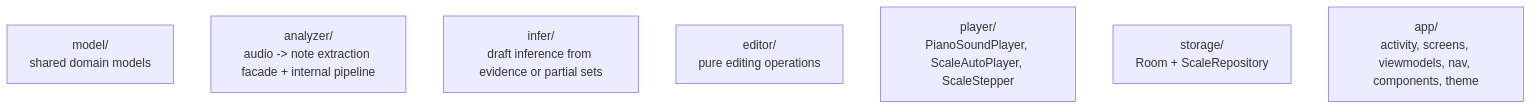
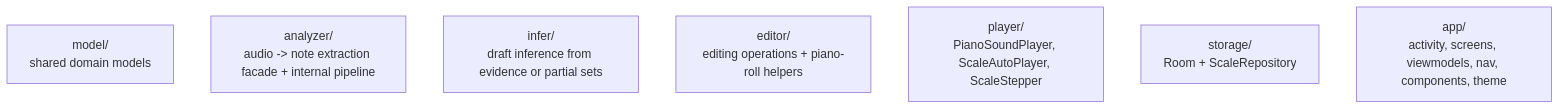
One commit to robertdyr/skales-v1 changed the third of 5 diagrams in docs/architecture/overview.md. Above: the diagram before and after it, drawn with Mermaid. The commit also changed other lines of this file and 13 other files, not shown here.

````diff
--- a/docs/architecture/overview.md
+++ b/docs/architecture/overview.md
@@ -92,10 +92,10 @@
 ```mermaid
 flowchart TD
     Model["model/<br/>shared domain models"]
     AnalyzerPkg["analyzer/<br/>audio -> note extraction facade + internal pipeline"]
     InferPkg["infer/<br/>draft inference from evidence or partial sets"]
-    EditorPkg["editor/<br/>pure editing operations"]
+    EditorPkg["editor/<br/>editing operations + piano-roll helpers"]
     PlayerPkg["player/<br/>PianoSoundPlayer, ScaleAutoPlayer, ScaleStepper"]
     StoragePkg["storage/<br/>Room + ScaleRepository"]
     AppPkg["app/<br/>activity, screens, viewmodels, nav, components, theme"]
 ```
````
